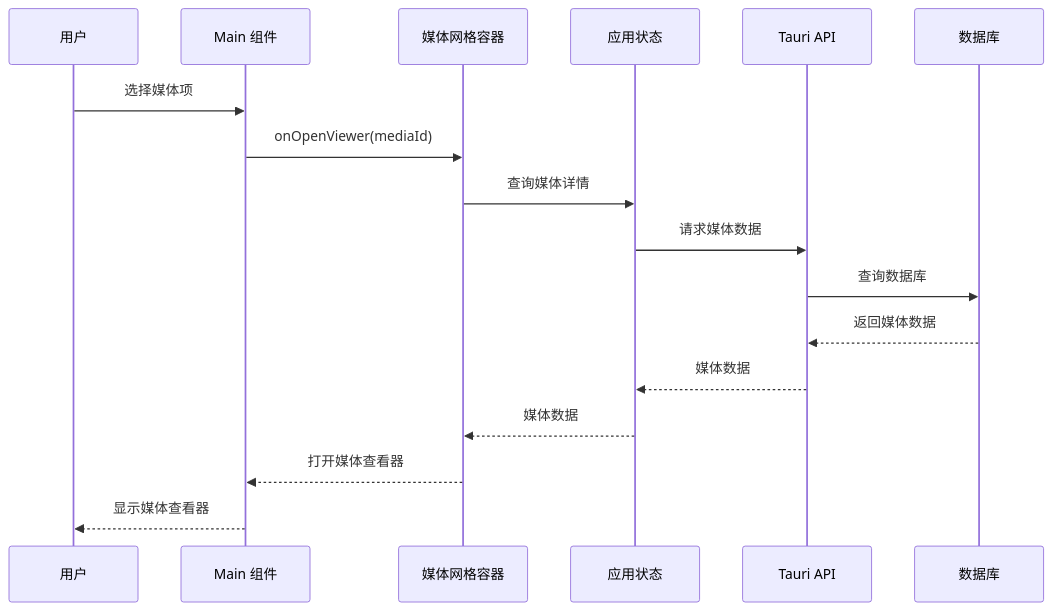
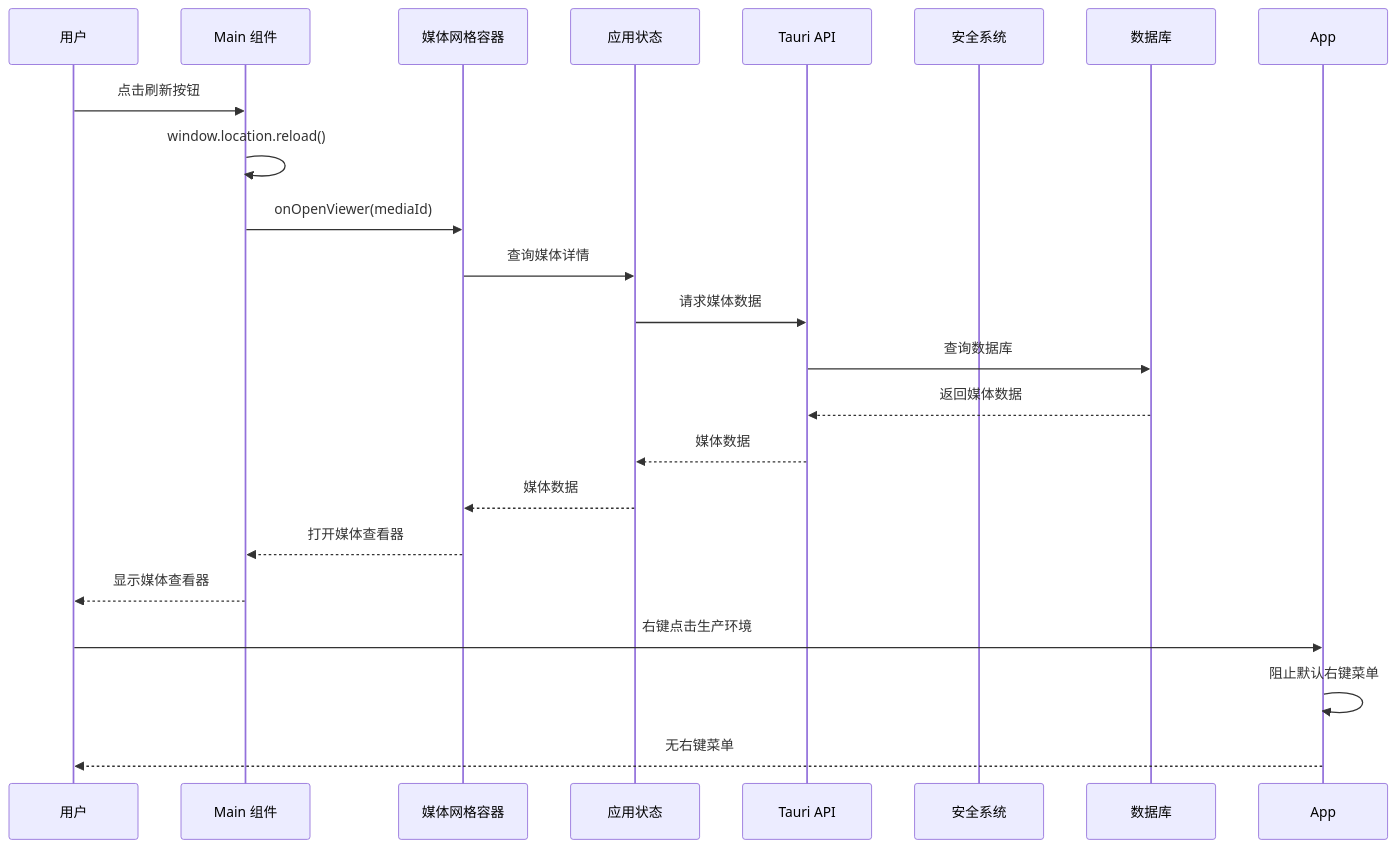
One commit to YLee9527/Medex changed the fourth of 15 diagrams in doc/repowiki/zh/content/前端开发/UI 组件详解/主内容组件 (Main).md. Above: the diagram before and after it, drawn with Mermaid. The commit also changed other lines of this file and 31 other files, not shown here.

First line of the commit message:
docs(doc): 添加部署脚本、锁屏功能、发布指南及设置按钮图标文档

````diff
--- a/doc/repowiki/zh/content/前端开发/UI 组件详解/主内容组件 (Main).md
+++ b/doc/repowiki/zh/content/前端开发/UI 组件详解/主内容组件 (Main).md
@@ -163,19 +192,24 @@
 ```mermaid
 sequenceDiagram
 participant User as 用户
 participant Main as Main 组件
 participant MediaGridContainer as 媒体网格容器
 participant Store as 应用状态
 participant API as Tauri API
+participant Security as 安全系统
 participant DB as 数据库
-User->>Main : 选择媒体项
+User->>Main : 点击刷新按钮
+Main->>Main : window.location.reload()
 Main->>MediaGridContainer : onOpenViewer(mediaId)
 MediaGridContainer->>Store : 查询媒体详情
 Store->>API : 请求媒体数据
 API->>DB : 查询数据库
 DB-->>API : 返回媒体数据
 API-->>Store : 媒体数据
 Store-->>MediaGridContainer : 媒体数据
 MediaGridContainer-->>Main : 打开媒体查看器
 Main-->>User : 显示媒体查看器
+User->>App : 右键点击生产环境
+App->>App : 阻止默认右键菜单
+App-->>User : 无右键菜单
 ```
````
